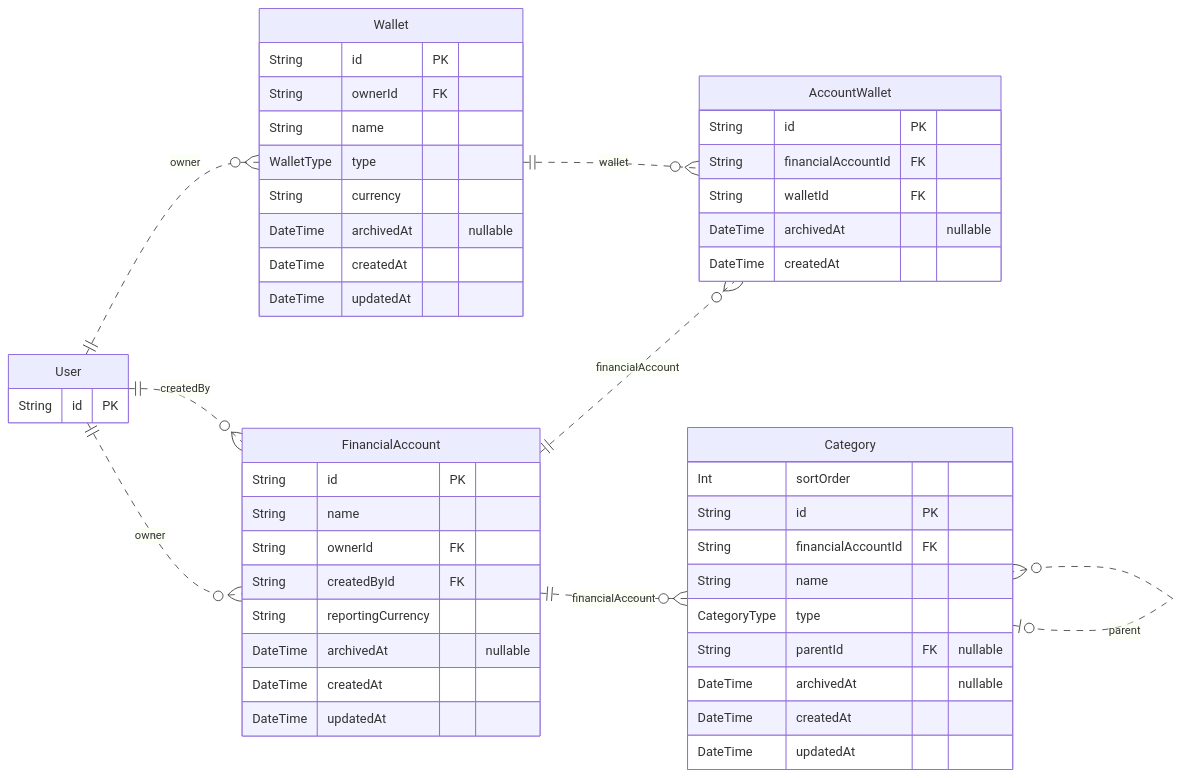
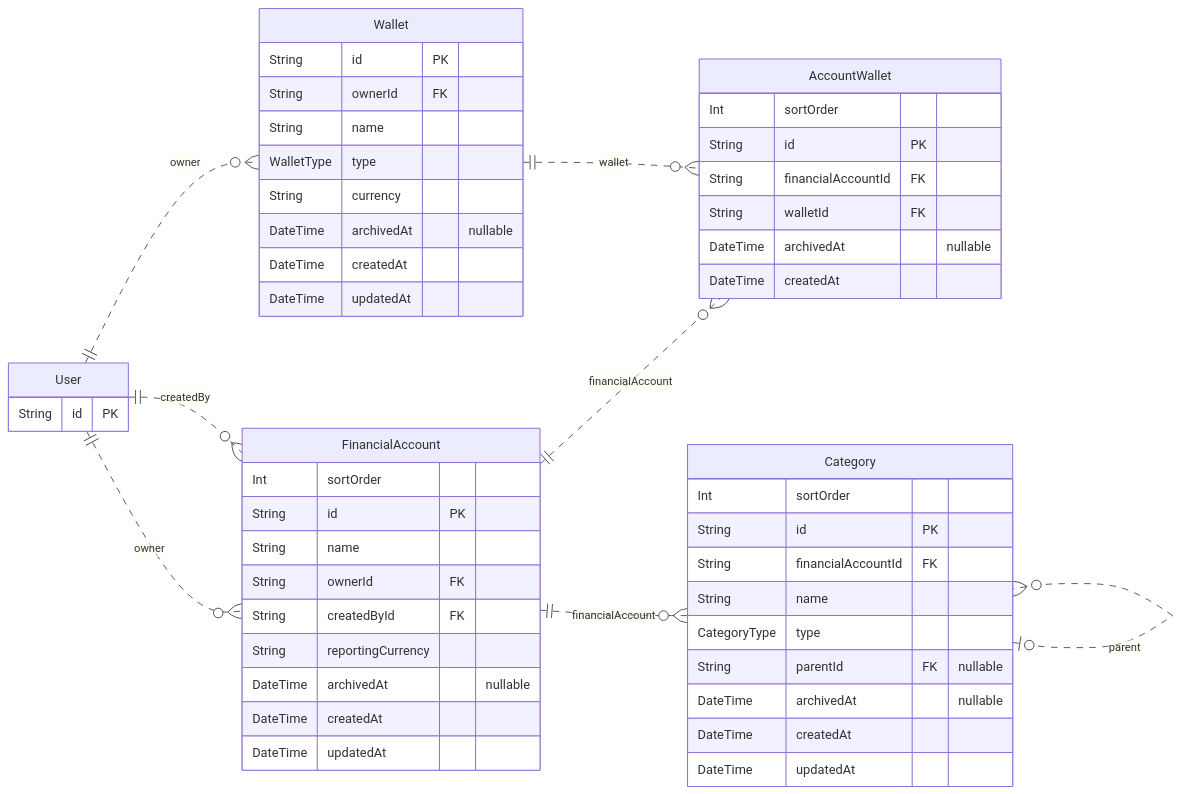
The second of 4 diagrams in prisma/ERD.md (gkoura/centscope), drawn with Mermaid before and after one commit. The commit also changed 27 other files, not shown here.

````diff
--- a/prisma/ERD.md
+++ b/prisma/ERD.md
@@ -80,52 +80,54 @@
 ```mermaid
 erDiagram
     direction LR
     FinancialAccount {
+        Int sortOrder
         String id PK
         String name
         String ownerId FK
         String createdById FK
         String reportingCurrency
         DateTime archivedAt "nullable"
         DateTime createdAt
         DateTime updatedAt
     }
     Wallet {
         String id PK
         String ownerId FK
         String name
         WalletType type
         String currency
         DateTime archivedAt "nullable"
         DateTime createdAt
         DateTime updatedAt
     }
     AccountWallet {
+        Int sortOrder
         String id PK
         String financialAccountId FK
         String walletId FK
         DateTime archivedAt "nullable"
         DateTime createdAt
     }
     Category {
         Int sortOrder
         String id PK
         String financialAccountId FK
         String name
         CategoryType type
         String parentId FK "nullable"
         DateTime archivedAt "nullable"
         DateTime createdAt
         DateTime updatedAt
     }
     User {
         String id PK
     }
     User ||..o{ FinancialAccount : "owner"
     User ||..o{ FinancialAccount : "createdBy"
     User ||..o{ Wallet : "owner"
     FinancialAccount ||..o{ AccountWallet : "financialAccount"
     Wallet ||..o{ AccountWallet : "wallet"
     FinancialAccount ||..o{ Category : "financialAccount"
     Category |o..o{ Category : "parent"
 ```
````
